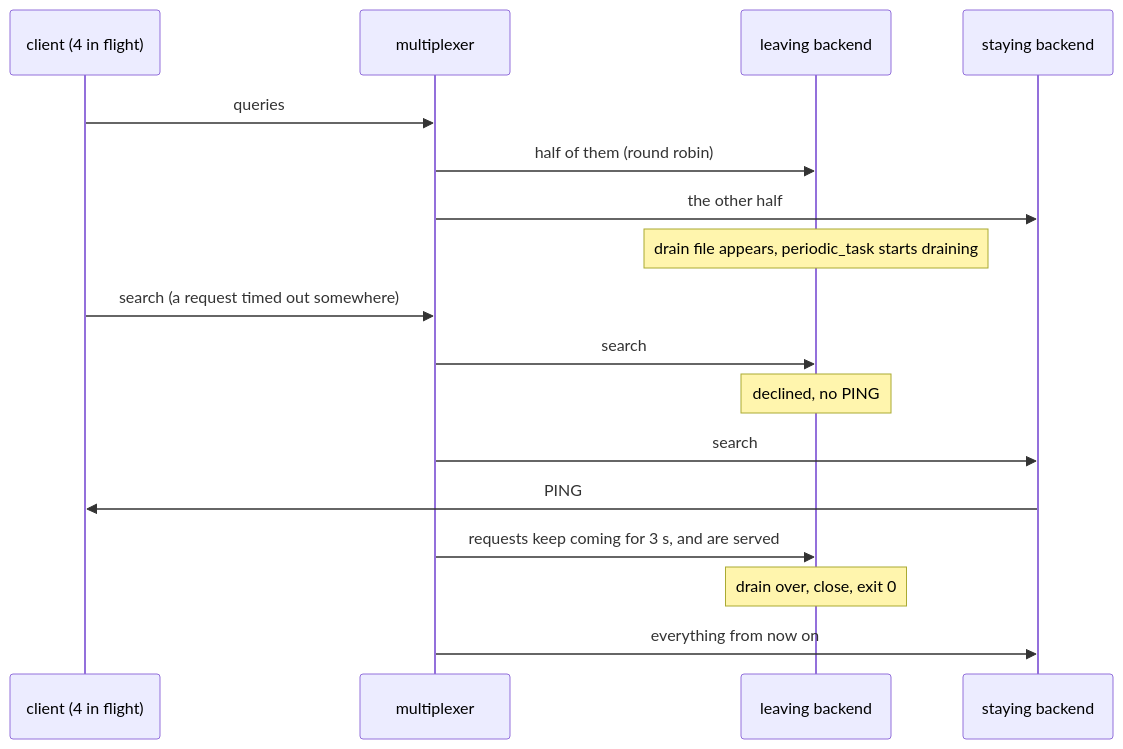
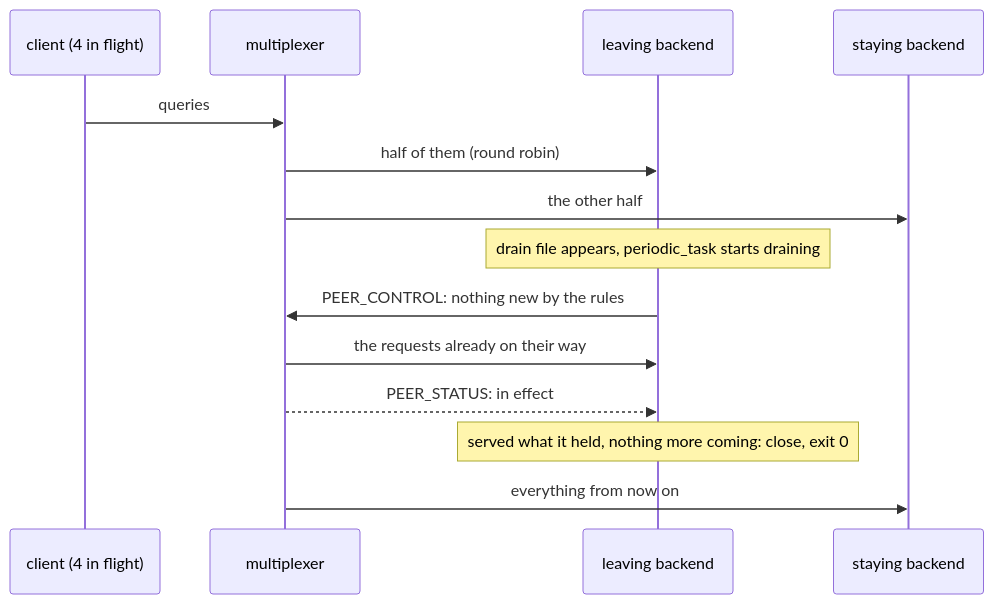
Before and after one commit to kulewski/multiplexer: the diagram in tests/scenarios/backend_drains/README.md, drawn with Mermaid. The commit also changed other lines of this file and 74 other files, not shown here.

````diff
--- a/tests/scenarios/backend_drains/README.md
+++ b/tests/scenarios/backend_drains/README.md
@@ -14,19 +16,16 @@
 ```mermaid
 sequenceDiagram
     participant C as client (4 in flight)
     participant M as multiplexer
     participant L as leaving backend
     participant S as staying backend
     C->>M: queries
     M->>L: half of them (round robin)
     M->>S: the other half
     Note over L: drain file appears, periodic_task starts draining
-    C->>M: search (a request timed out somewhere)
-    M->>L: search
-    Note over L: declined, no PING
-    M->>S: search
-    S->>C: PING
-    M->>L: requests keep coming for 3 s, and are served
-    Note over L: drain over, close, exit 0
+    L->>M: PEER_CONTROL: nothing new by the rules
+    M->>L: the requests already on their way
+    M-->>L: PEER_STATUS: in effect
+    Note over L: served what it held, nothing more coming: close, exit 0
     M->>S: everything from now on
 ```
````
